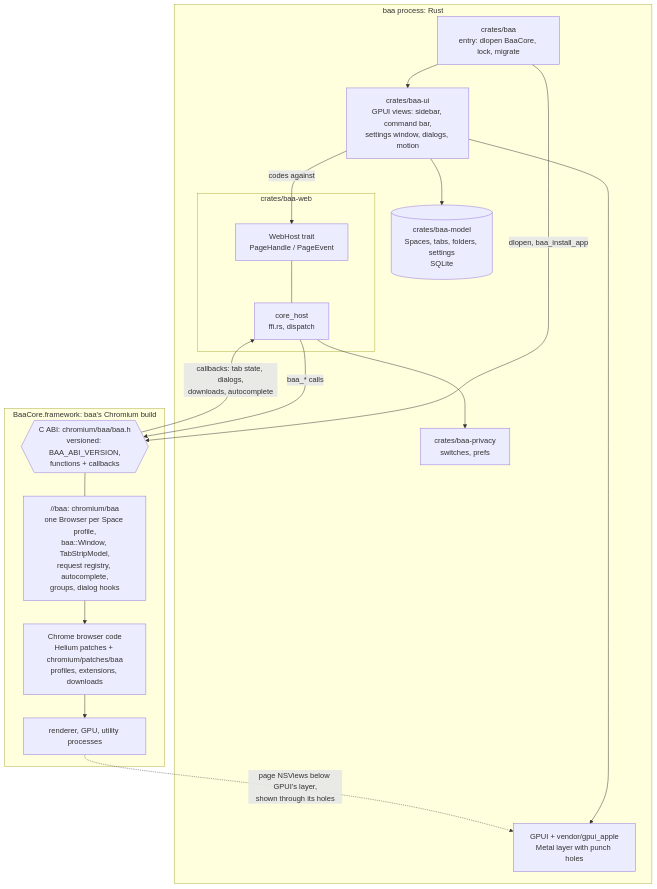
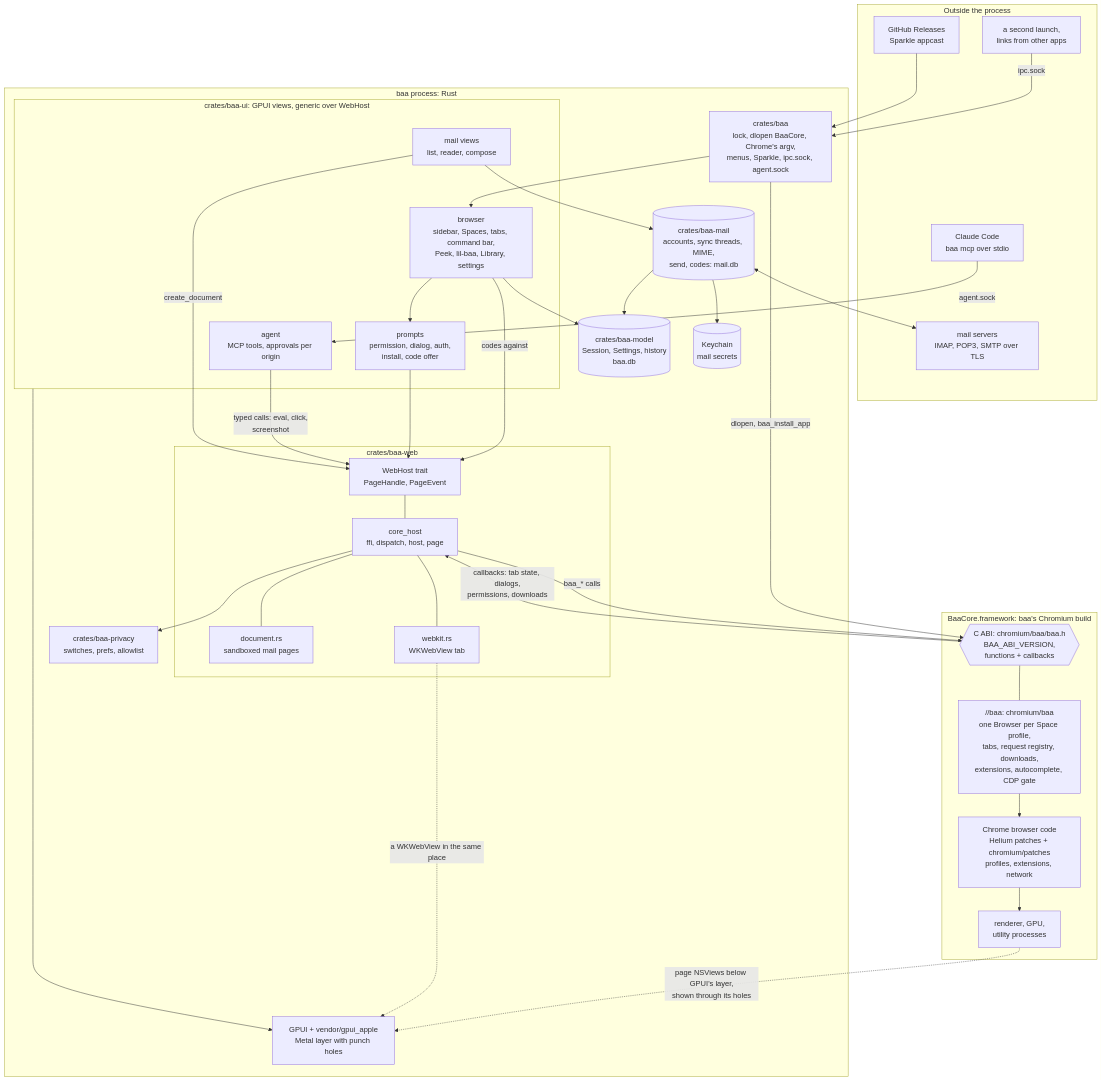
The first of 2 diagrams in README.md (dan-hummelstad/baa), drawn with Mermaid before and after one commit. The commit also changed other lines of this file, not shown here.

````diff
--- a/README.md
+++ b/README.md
@@ -333,35 +357,65 @@
 ```mermaid
 flowchart TB
+    subgraph outside["Outside the process"]
+        launch["a second launch,<br/>links from other apps"]
+        claude["Claude Code<br/>baa mcp over stdio"]
+        servers["mail servers<br/>IMAP, POP3, SMTP over TLS"]
+        feed["GitHub Releases<br/>Sparkle appcast"]
+    end
+
     subgraph app["baa process: Rust"]
-        main["crates/baa<br/>entry: dlopen BaaCore, lock, migrate"]
-        ui["crates/baa-ui<br/>GPUI views: sidebar, command bar,<br/>settings window, dialogs, motion"]
-        model[("crates/baa-model<br/>Spaces, tabs, folders, settings<br/>SQLite")]
-        privacy["crates/baa-privacy<br/>switches, prefs"]
+        main["crates/baa<br/>lock, dlopen BaaCore, Chrome's argv,<br/>menus, Sparkle, ipc.sock, agent.sock"]
+        subgraph ui["crates/baa-ui: GPUI views, generic over WebHost"]
+            browser["browser<br/>sidebar, Spaces, tabs, command bar,<br/>Peek, lil-baa, Library, settings"]
+            prompts["prompts<br/>permission, dialog, auth,<br/>install, code offer"]
+            mailui["mail views<br/>list, reader, compose"]
+            agent["agent<br/>MCP tools, approvals per origin"]
+        end
+        model[("crates/baa-model<br/>Session, Settings, history<br/>baa.db")]
+        mail[("crates/baa-mail<br/>accounts, sync threads, MIME,<br/>send, codes: mail.db")]
+        keychain[("Keychain<br/>mail secrets")]
+        privacy["crates/baa-privacy<br/>switches, prefs, allowlist"]
         subgraph web["crates/baa-web"]
-            host["WebHost trait<br/>PageHandle / PageEvent"]
-            core["core_host<br/>ffi.rs, dispatch"]
+            host["WebHost trait<br/>PageHandle, PageEvent"]
+            core["core_host<br/>ffi, dispatch, host, page"]
+            docs["document.rs<br/>sandboxed mail pages"]
+            wk["webkit.rs<br/>WKWebView tab"]
         end
         gpui["GPUI + vendor/gpui_apple<br/>Metal layer with punch holes"]
     end
 
     subgraph engine["BaaCore.framework: baa's Chromium build"]
-        abi{{"C ABI: chromium/baa/baa.h<br/>versioned: BAA_ABI_VERSION,<br/>functions + callbacks"}}
-        layer["//baa: chromium/baa<br/>one Browser per Space profile,<br/>baa::Window, TabStripModel,<br/>request registry, autocomplete,<br/>groups, dialog hooks"]
-        chrome["Chrome browser code<br/>Helium patches + chromium/patches/baa<br/>profiles, extensions, downloads"]
-        procs["renderer, GPU, utility processes"]
+        abi{{"C ABI: chromium/baa/baa.h<br/>BAA_ABI_VERSION,<br/>functions + callbacks"}}
+        layer["//baa: chromium/baa<br/>one Browser per Space profile,<br/>tabs, request registry, downloads,<br/>extensions, autocomplete, CDP gate"]
+        chrome["Chrome browser code<br/>Helium patches + chromium/patches<br/>profiles, extensions, network"]
+        procs["renderer, GPU,<br/>utility processes"]
     end
 
-    main --> ui
+    launch -- "ipc.sock" --> main
+    claude -- "agent.sock" --> agent
+    feed --> main
+    main --> browser
     main -- "dlopen, baa_install_app" --> abi
-    ui --> model
-    ui -- "codes against" --> host
+    browser --> model
+    browser --> prompts
+    mailui --> mail
+    mail --> keychain
+    mail <--> servers
+    mail --> model
+    browser -- "codes against" --> host
+    prompts --> host
+    agent -- "typed calls: eval, click,<br/>screenshot" --> host
+    mailui -- "create_document" --> host
     host --- core
+    core --- docs
+    core --- wk
+    core --> privacy
     core -- "baa_* calls" --> abi
-    abi -- "callbacks: tab state, dialogs,<br/>downloads, autocomplete" --> core
-    core --> privacy
+    abi -- "callbacks: tab state, dialogs,<br/>permissions, downloads" --> core
     abi --- layer
     layer --> chrome
     chrome --> procs
     ui --> gpui
     procs -. "page NSViews below GPUI's layer,<br/>shown through its holes" .-> gpui
+    wk -. "a WKWebView in the same place" .-> gpui
 ```
````
